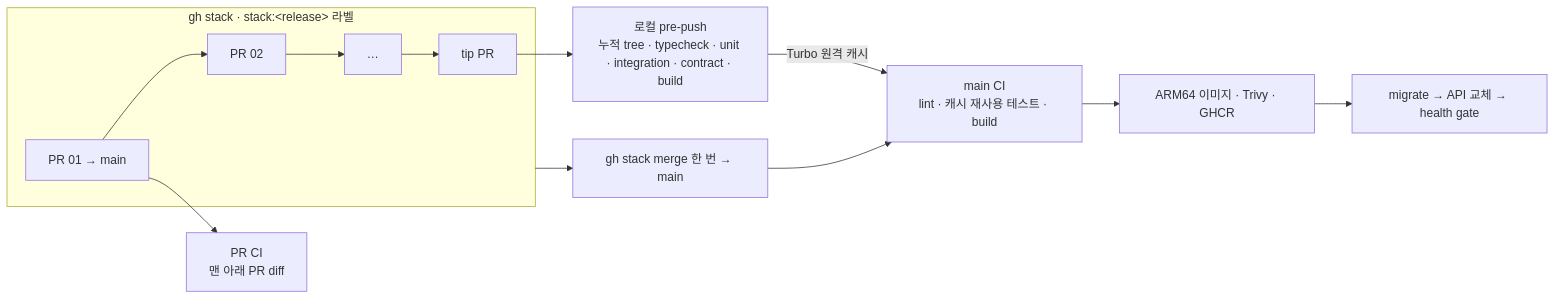
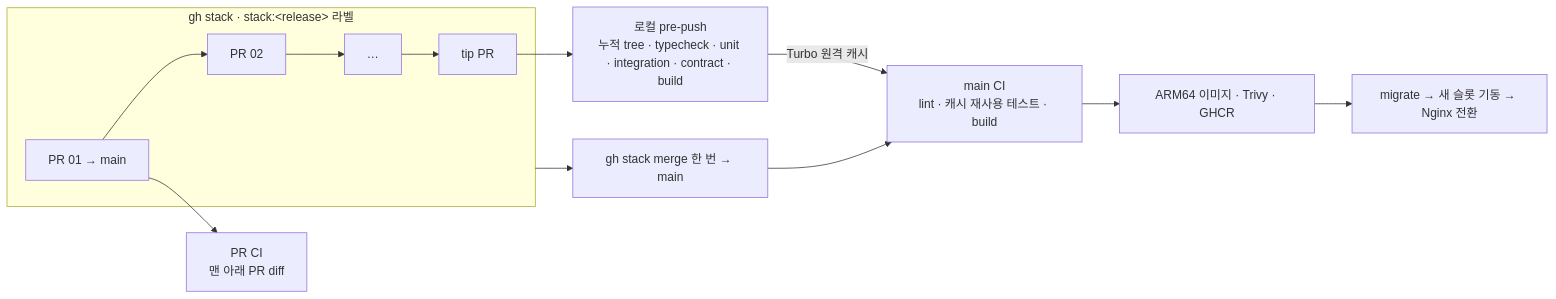
One commit to Aiddoo/Aido-platform changed the sixth of 6 diagrams in README.md. Above: the diagram before and after it, drawn with Mermaid. The commit also changed other lines of this file and 13 other files, not shown here.

````diff
--- a/README.md
+++ b/README.md
@@ -187,13 +187,13 @@
 ```mermaid
 flowchart LR
   subgraph Stack["gh stack · stack:&lt;release&gt; 라벨"]
     P1["PR 01 → main"] --> P2["PR 02"] --> P3["…"] --> Tip["tip PR"]
   end
   P1 --> PRCI["PR CI<br/>맨 아래 PR diff"]
   Tip --> Push["로컬 pre-push<br/>누적 tree · typecheck · unit · integration · contract · build"]
   Stack --> Merge["gh stack merge 한 번 → main"]
   Push -- Turbo 원격 캐시 --> MainCI
   Merge --> MainCI["main CI<br/>lint · 캐시 재사용 테스트 · build"]
   MainCI --> Image["ARM64 이미지 · Trivy · GHCR"]
-  Image --> Deploy["migrate → API 교체 → health gate"]
+  Image --> Deploy["migrate → 새 슬롯 기동 → Nginx 전환"]
 ```
````
